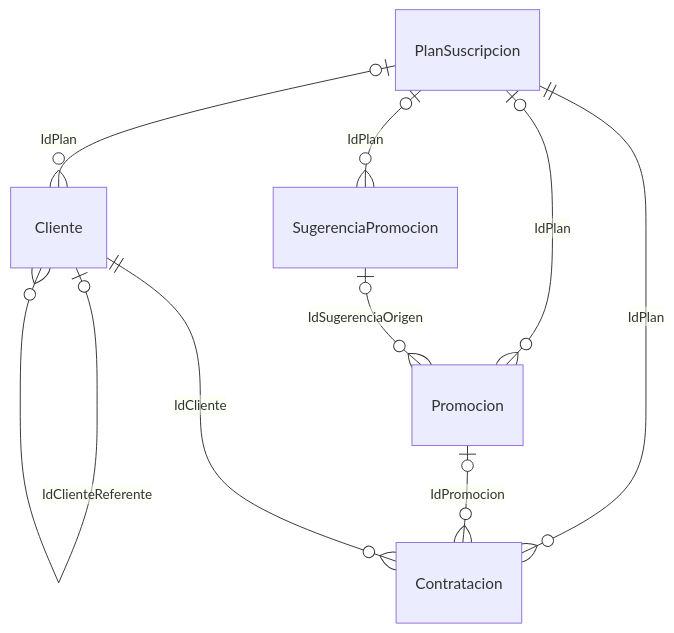
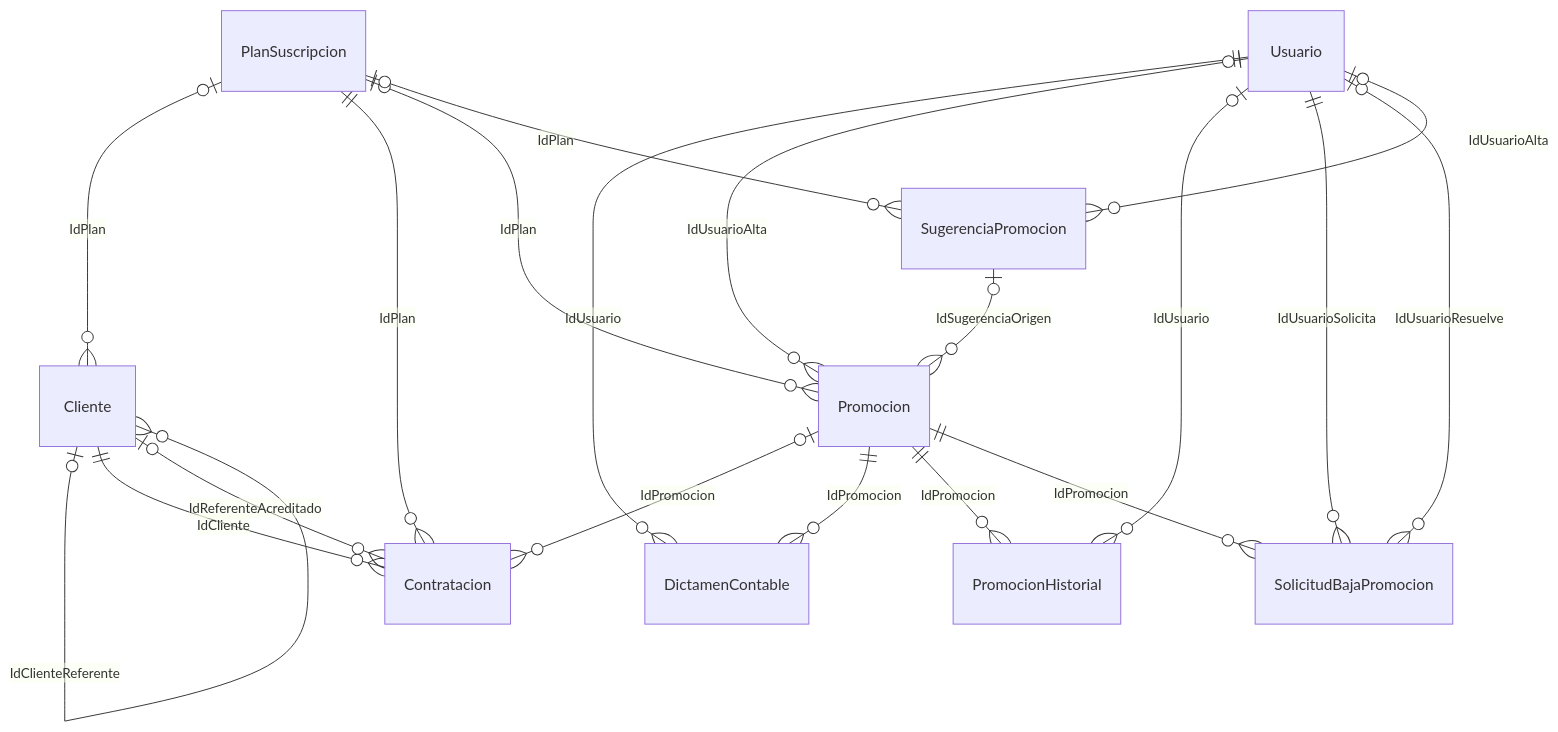
Before and after one commit to valentinamorana/Trabajo-de-Diploma: the diagram in docs/diagramas/mermaid/MC_pn03_promociones.mmd, drawn with Mermaid. The commit also changed 407 other files, not shown here.

```diff
--- a/docs/diagramas/mermaid/MC_pn03_promociones.mmd
+++ b/docs/diagramas/mermaid/MC_pn03_promociones.mmd
@@ -1,14 +1,28 @@
 erDiagram
   Cliente |o--o{ Cliente : "IdClienteReferente"
   PlanSuscripcion |o--o{ Cliente : "IdPlan"
   PlanSuscripcion ||--o{ Contratacion : "IdPlan"
   Promocion |o--o{ Contratacion : "IdPromocion"
   Cliente ||--o{ Contratacion : "IdCliente"
+  Cliente |o--o{ Contratacion : "IdReferenteAcreditado"
+  Usuario ||--o{ DictamenContable : "IdUsuario"
+  Promocion ||--o{ DictamenContable : "IdPromocion"
   PlanSuscripcion |o--o{ Promocion : "IdPlan"
   SugerenciaPromocion |o--o{ Promocion : "IdSugerenciaOrigen"
+  Usuario |o--o{ Promocion : "IdUsuarioAlta"
+  Usuario |o--o{ PromocionHistorial : "IdUsuario"
+  Promocion ||--o{ PromocionHistorial : "IdPromocion"
+  Promocion ||--o{ SolicitudBajaPromocion : "IdPromocion"
+  Usuario ||--o{ SolicitudBajaPromocion : "IdUsuarioSolicita"
+  Usuario |o--o{ SolicitudBajaPromocion : "IdUsuarioResuelve"
+  Usuario |o--o{ SugerenciaPromocion : "IdUsuarioAlta"
   PlanSuscripcion |o--o{ SugerenciaPromocion : "IdPlan"
+  Usuario
   PlanSuscripcion
   SugerenciaPromocion
   Promocion
+  PromocionHistorial
+  DictamenContable
+  SolicitudBajaPromocion
   Contratacion
   Cliente
```
